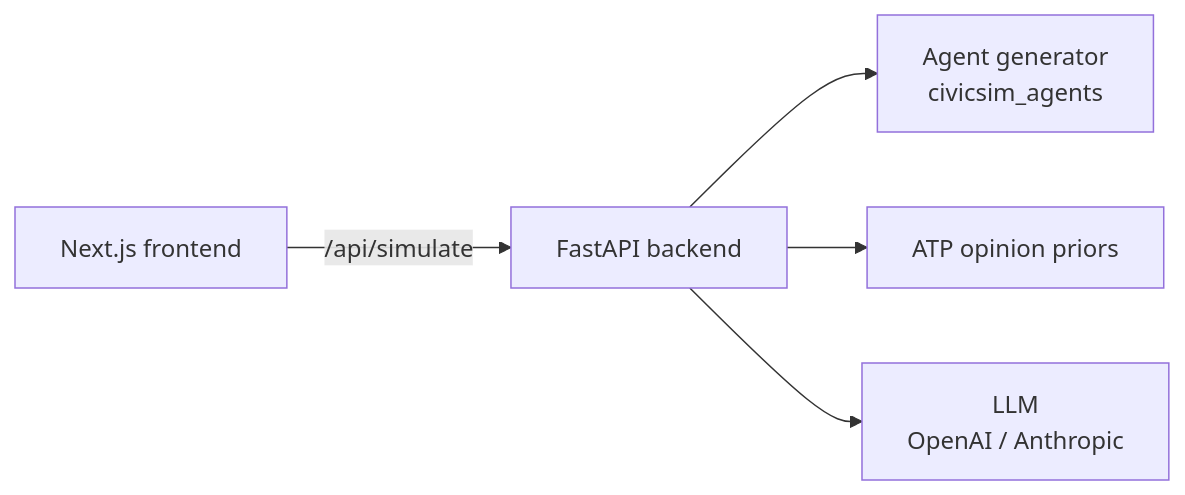
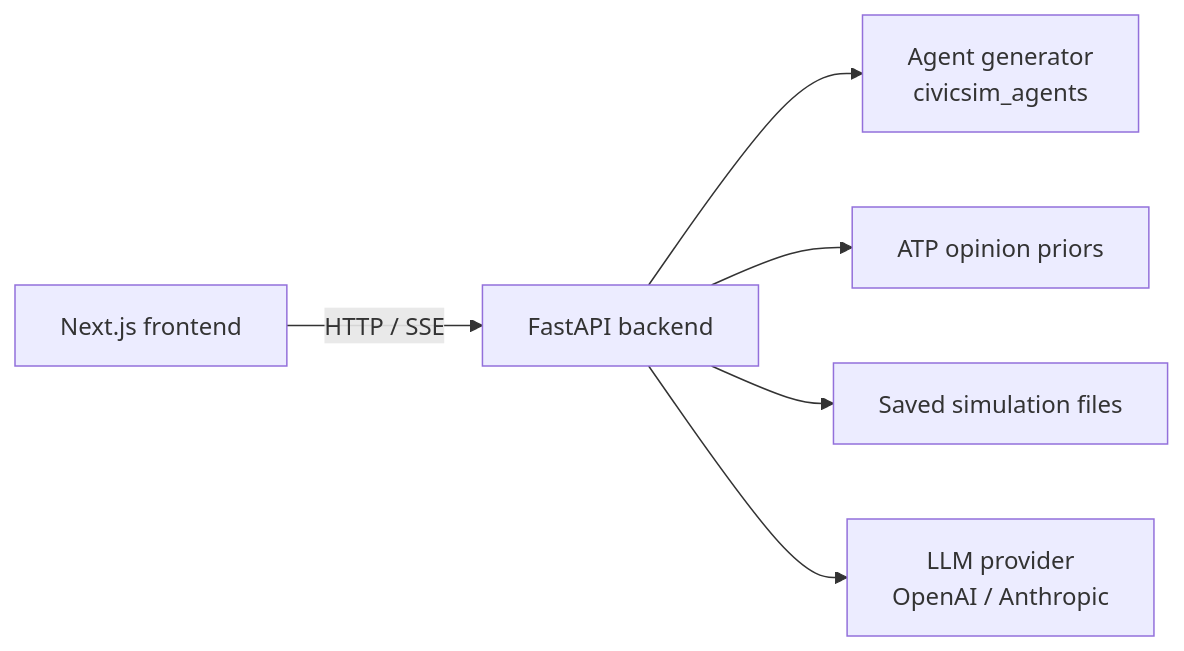
The diagram in README.md (Sushanti99/CivicSim), drawn with Mermaid before and after one commit. The commit also changed other lines of this file, not shown here.

````diff
--- a/README.md
+++ b/README.md
@@ -9,7 +49,8 @@
 ```mermaid
 flowchart LR
-    UI[Next.js frontend] -->|/api/simulate| API[FastAPI backend]
+    UI[Next.js frontend] -->|HTTP / SSE| API[FastAPI backend]
     API --> AG[Agent generator<br/>civicsim_agents]
     API --> PR[ATP opinion priors]
-    API --> LLM[LLM<br/>OpenAI / Anthropic]
+    API --> SIM[Saved simulation files]
+    API --> LLM[LLM provider<br/>OpenAI / Anthropic]
 ```
````
